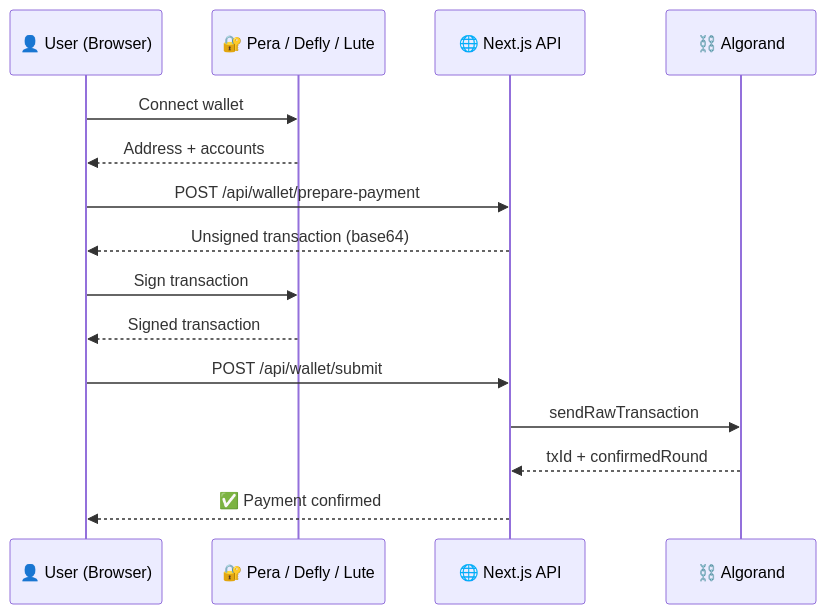
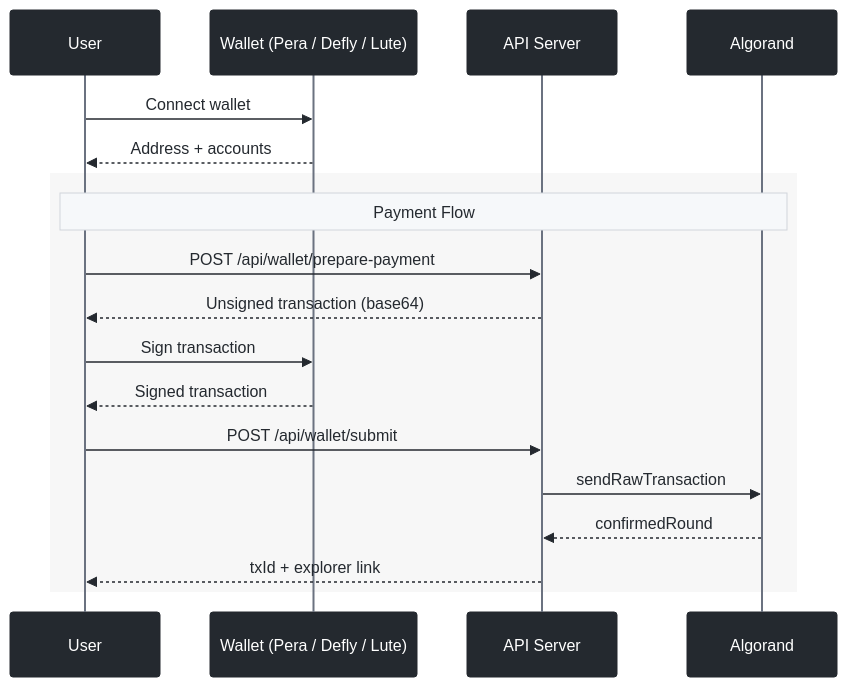
The fourth of 5 diagrams in README.md (akash-kumar-45/a2a-ecommerce11), drawn with Mermaid before and after one commit. The commit also changed other lines of this file, not shown here.

````diff
--- a/README.md
+++ b/README.md
@@ -230,21 +288,24 @@
 ```mermaid
+%%{init: {'theme': 'base', 'themeVariables': {'actorBkg': '#24292f', 'actorBorder': '#24292f', 'actorTextColor': '#ffffff', 'actorLineColor': '#6b7280', 'signalColor': '#24292f', 'signalTextColor': '#24292f', 'noteBkgColor': '#f6f8fa', 'noteBorderColor': '#d1d5db', 'noteTextColor': '#24292f', 'activationBorderColor': '#d1d5db', 'activationBkgColor': '#f6f8fa', 'sequenceNumberColor': '#ffffff', 'labelBoxBkgColor': '#f6f8fa', 'labelBoxBorderColor': '#d1d5db', 'labelTextColor': '#24292f', 'loopTextColor': '#24292f', 'background': '#ffffff', 'mainBkg': '#ffffff'}}}%%
+
 sequenceDiagram
-    participant U as 👤 User (Browser)
-    participant W as 🔐 Pera / Defly / Lute
-    participant S as 🌐 Next.js API
-    participant A as ⛓️ Algorand
+    participant U as User
+    participant W as Wallet (Pera / Defly / Lute)
+    participant S as API Server
+    participant A as Algorand
 
     U->>W: Connect wallet
     W-->>U: Address + accounts
 
-    U->>S: POST /api/wallet/prepare-payment
-    S-->>U: Unsigned transaction (base64)
-
-    U->>W: Sign transaction
-    W-->>U: Signed transaction
-
-    U->>S: POST /api/wallet/submit
-    S->>A: sendRawTransaction
-    A-->>S: txId + confirmedRound
-    S-->>U: ✅ Payment confirmed
+    rect rgba(0, 0, 0, 0.03)
+        Note over U,A: Payment Flow
+        U->>S: POST /api/wallet/prepare-payment
+        S-->>U: Unsigned transaction (base64)
+        U->>W: Sign transaction
+        W-->>U: Signed transaction
+        U->>S: POST /api/wallet/submit
+        S->>A: sendRawTransaction
+        A-->>S: confirmedRound
+        S-->>U: txId + explorer link
+    end
 ```
````
